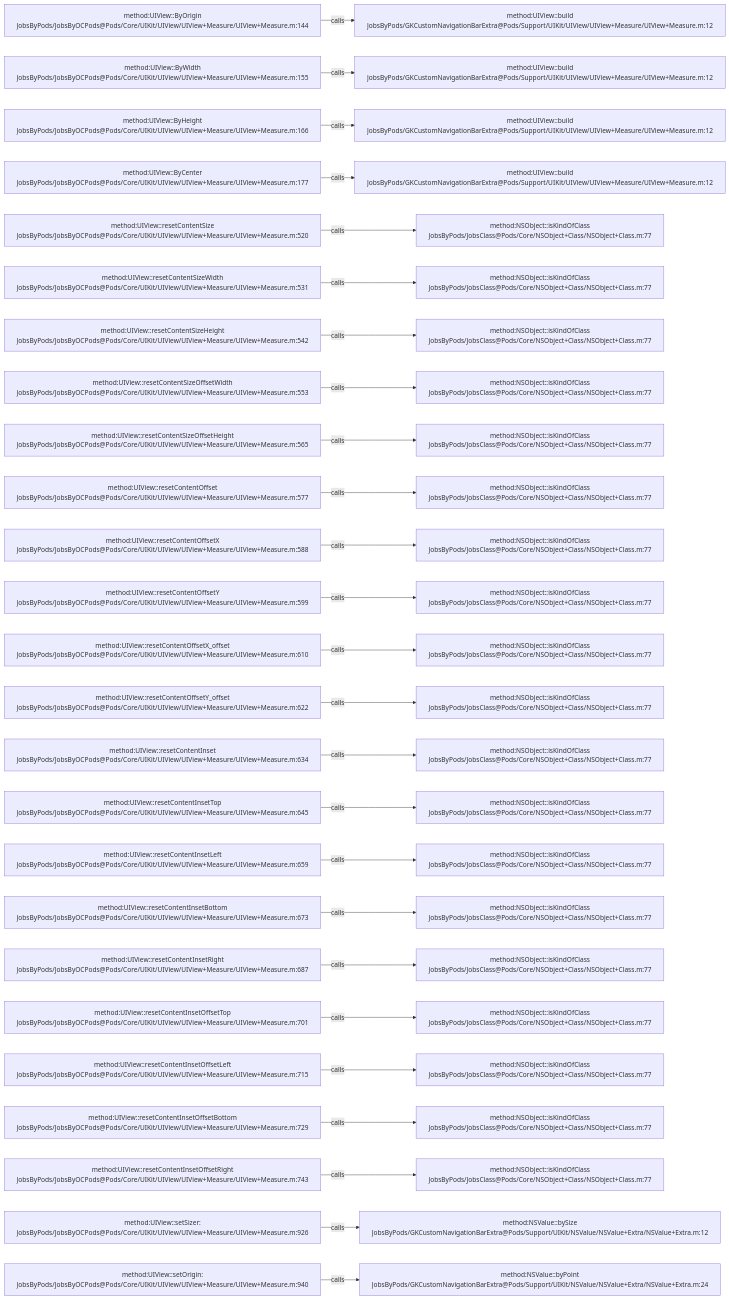
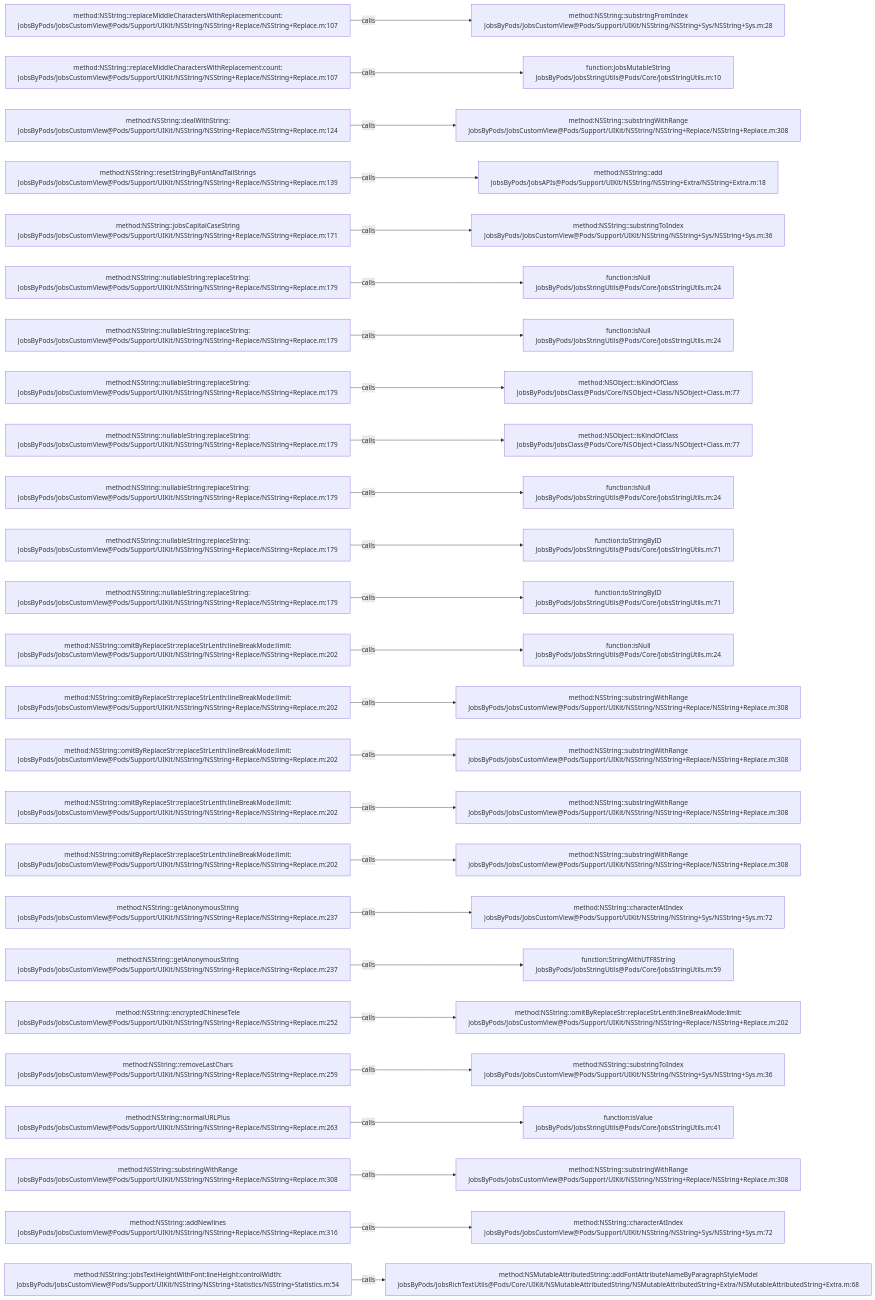
The diagram in .codegraph/codegraph.md/graphs/calls-086.md (JobsKits/JobsOCBaseConfigDemo), drawn with Mermaid before and after one commit. The commit also changed 1026 other files, not shown here.

````diff
--- a/.codegraph/codegraph.md/graphs/calls-086.md
+++ b/.codegraph/codegraph.md/graphs/calls-086.md
@@ -13,78 +13,78 @@
 ```mermaid
 flowchart LR
-  S1["method:UIView::ByOrigin<br/>JobsByPods/JobsByOCPods@Pods/Core/UIKit/UIView/UIView+Measure/UIView+Measure.m:144"]
-  T1["method:UIView::build<br/>JobsByPods/GKCustomNavigationBarExtra@Pods/Support/UIKit/UIView/UIView+Measure/UIView+Measure.m:12"]
+  S1["method:NSString::replaceMiddleCharactersWithReplacement:count:<br/>JobsByPods/JobsCustomView@Pods/Support/UIKit/NSString/NSString+Replace/NSString+Replace.m:107"]
+  T1["method:NSString::substringFromIndex<br/>JobsByPods/JobsCustomView@Pods/Support/UIKit/NSString/NSString+Sys/NSString+Sys.m:28"]
   S1 -->|calls| T1
-  S2["method:UIView::ByWidth<br/>JobsByPods/JobsByOCPods@Pods/Core/UIKit/UIView/UIView+Measure/UIView+Measure.m:155"]
-  T2["method:UIView::build<br/>JobsByPods/GKCustomNavigationBarExtra@Pods/Support/UIKit/UIView/UIView+Measure/UIView+Measure.m:12"]
+  S2["method:NSString::replaceMiddleCharactersWithReplacement:count:<br/>JobsByPods/JobsCustomView@Pods/Support/UIKit/NSString/NSString+Replace/NSString+Replace.m:107"]
+  T2["function:JobsMutableString<br/>JobsByPods/JobsStringUtils@Pods/Core/JobsStringUtils.m:10"]
   S2 -->|calls| T2
-  S3["method:UIView::ByHeight<br/>JobsByPods/JobsByOCPods@Pods/Core/UIKit/UIView/UIView+Measure/UIView+Measure.m:166"]
-  T3["method:UIView::build<br/>JobsByPods/GKCustomNavigationBarExtra@Pods/Support/UIKit/UIView/UIView+Measure/UIView+Measure.m:12"]
+  S3["method:NSString::dealWithString:<br/>JobsByPods/JobsCustomView@Pods/Support/UIKit/NSString/NSString+Replace/NSString+Replace.m:124"]
+  T3["method:NSString::substringWithRange<br/>JobsByPods/JobsCustomView@Pods/Support/UIKit/NSString/NSString+Replace/NSString+Replace.m:308"]
   S3 -->|calls| T3
-  S4["method:UIView::ByCenter<br/>JobsByPods/JobsByOCPods@Pods/Core/UIKit/UIView/UIView+Measure/UIView+Measure.m:177"]
-  T4["method:UIView::build<br/>JobsByPods/GKCustomNavigationBarExtra@Pods/Support/UIKit/UIView/UIView+Measure/UIView+Measure.m:12"]
+  S4["method:NSString::resetStringByFontAndTailStrings<br/>JobsByPods/JobsCustomView@Pods/Support/UIKit/NSString/NSString+Replace/NSString+Replace.m:139"]
+  T4["method:NSString::add<br/>JobsByPods/JobsAPIs@Pods/Support/UIKit/NSString/NSString+Extra/NSString+Extra.m:18"]
   S4 -->|calls| T4
-  S5["method:UIView::resetContentSize<br/>JobsByPods/JobsByOCPods@Pods/Core/UIKit/UIView/UIView+Measure/UIView+Measure.m:520"]
-  T5["method:NSObject::isKindOfClass<br/>JobsByPods/JobsClass@Pods/Core/NSObject+Class/NSObject+Class.m:77"]
+  S5["method:NSString::jobsCapitalCaseString<br/>JobsByPods/JobsCustomView@Pods/Support/UIKit/NSString/NSString+Replace/NSString+Replace.m:171"]
+  T5["method:NSString::substringToIndex<br/>JobsByPods/JobsCustomView@Pods/Support/UIKit/NSString/NSString+Sys/NSString+Sys.m:36"]
   S5 -->|calls| T5
-  S6["method:UIView::resetContentSizeWidth<br/>JobsByPods/JobsByOCPods@Pods/Core/UIKit/UIView/UIView+Measure/UIView+Measure.m:531"]
-  T6["method:NSObject::isKindOfClass<br/>JobsByPods/JobsClass@Pods/Core/NSObject+Class/NSObject+Class.m:77"]
+  S6["method:NSString::nullableString:replaceString:<br/>JobsByPods/JobsCustomView@Pods/Support/UIKit/NSString/NSString+Replace/NSString+Replace.m:179"]
+  T6["function:isNull<br/>JobsByPods/JobsStringUtils@Pods/Core/JobsStringUtils.m:24"]
   S6 -->|calls| T6
-  S7["method:UIView::resetContentSizeHeight<br/>JobsByPods/JobsByOCPods@Pods/Core/UIKit/UIView/UIView+Measure/UIView+Measure.m:542"]
-  T7["method:NSObject::isKindOfClass<br/>JobsByPods/JobsClass@Pods/Core/NSObject+Class/NSObject+Class.m:77"]
+  S7["method:NSString::nullableString:replaceString:<br/>JobsByPods/JobsCustomView@Pods/Support/UIKit/NSString/NSString+Replace/NSString+Replace.m:179"]
+  T7["function:isNull<br/>JobsByPods/JobsStringUtils@Pods/Core/JobsStringUtils.m:24"]
   S7 -->|calls| T7
-  S8["method:UIView::resetContentSizeOffsetWidth<br/>JobsByPods/JobsByOCPods@Pods/Core/UIKit/UIView/UIView+Measure/UIView+Measure.m:553"]
+  S8["method:NSString::nullableString:replaceString:<br/>JobsByPods/JobsCustomView@Pods/Support/UIKit/NSString/NSString+Replace/NSString+Replace.m:179"]
   T8["method:NSObject::isKindOfClass<br/>JobsByPods/JobsClass@Pods/Core/NSObject+Class/NSObject+Class.m:77"]
   S8 -->|calls| T8
-  S9["method:UIView::resetContentSizeOffsetHeight<br/>JobsByPods/JobsByOCPods@Pods/Core/UIKit/UIView/UIView+Measure/UIView+Measure.m:565"]
+  S9["method:NSString::nullableString:replaceString:<br/>JobsByPods/JobsCustomView@Pods/Support/UIKit/NSString/NSString+Replace/NSString+Replace.m:179"]
   T9["method:NSObject::isKindOfClass<br/>JobsByPods/JobsClass@Pods/Core/NSObject+Class/NSObject+Class.m:77"]
   S9 -->|calls| T9
-  S10["method:UIView::resetContentOffset<br/>JobsByPods/JobsByOCPods@Pods/Core/UIKit/UIView/UIView+Measure/UIView+Measure.m:577"]
-  T10["method:NSObject::isKindOfClass<br/>JobsByPods/JobsClass@Pods/Core/NSObject+Class/NSObject+Class.m:77"]
+  S10["method:NSString::nullableString:replaceString:<br/>JobsByPods/JobsCustomView@Pods/Support/UIKit/NSString/NSString+Replace/NSString+Replace.m:179"]
+  T10["function:isNull<br/>JobsByPods/JobsStringUtils@Pods/Core/JobsStringUtils.m:24"]
   S10 -->|calls| T10
-  S11["method:UIView::resetContentOffsetX<br/>JobsByPods/JobsByOCPods@Pods/Core/UIKit/UIView/UIView+Measure/UIView+Measure.m:588"]
-  T11["method:NSObject::isKindOfClass<br/>JobsByPods/JobsClass@Pods/Core/NSObject+Class/NSObject+Class.m:77"]
+  S11["method:NSString::nullableString:replaceString:<br/>JobsByPods/JobsCustomView@Pods/Support/UIKit/NSString/NSString+Replace/NSString+Replace.m:179"]
+  T11["function:toStringByID<br/>JobsByPods/JobsStringUtils@Pods/Core/JobsStringUtils.m:71"]
   S11 -->|calls| T11
-  S12["method:UIView::resetContentOffsetY<br/>JobsByPods/JobsByOCPods@Pods/Core/UIKit/UIView/UIView+Measure/UIView+Measure.m:599"]
-  T12["method:NSObject::isKindOfClass<br/>JobsByPods/JobsClass@Pods/Core/NSObject+Class/NSObject+Class.m:77"]
+  S12["method:NSString::nullableString:replaceString:<br/>JobsByPods/JobsCustomView@Pods/Support/UIKit/NSString/NSString+Replace/NSString+Replace.m:179"]
+  T12["function:toStringByID<br/>JobsByPods/JobsStringUtils@Pods/Core/JobsStringUtils.m:71"]
   S12 -->|calls| T12
-  S13["method:UIView::resetContentOffsetX_offset<br/>JobsByPods/JobsByOCPods@Pods/Core/UIKit/UIView/UIView+Measure/UIView+Measure.m:610"]
-  T13["method:NSObject::isKindOfClass<br/>JobsByPods/JobsClass@Pods/Core/NSObject+Class/NSObject+Class.m:77"]
+  S13["method:NSString::omitByReplaceStr:replaceStrLenth:lineBreakMode:limit:<br/>JobsByPods/JobsCustomView@Pods/Support/UIKit/NSString/NSString+Replace/NSString+Replace.m:202"]
+  T13["function:isNull<br/>JobsByPods/JobsStringUtils@Pods/Core/JobsStringUtils.m:24"]
   S13 -->|calls| T13
-  S14["method:UIView::resetContentOffsetY_offset<br/>JobsByPods/JobsByOCPods@Pods/Core/UIKit/UIView/UIView+Measure/UIView+Measure.m:622"]
-  T14["method:NSObject::isKindOfClass<br/>JobsByPods/JobsClass@Pods/Core/NSObject+Class/NSObject+Class.m:77"]
+  S14["method:NSString::omitByReplaceStr:replaceStrLenth:lineBreakMode:limit:<br/>JobsByPods/JobsCustomView@Pods/Support/UIKit/NSString/NSString+Replace/NSString+Replace.m:202"]
+  T14["method:NSString::substringWithRange<br/>JobsByPods/JobsCustomView@Pods/Support/UIKit/NSString/NSString+Replace/NSString+Replace.m:308"]
   S14 -->|calls| T14
-  S15["method:UIView::resetContentInset<br/>JobsByPods/JobsByOCPods@Pods/Core/UIKit/UIView/UIView+Measure/UIView+Measure.m:634"]
-  T15["method:NSObject::isKindOfClass<br/>JobsByPods/JobsClass@Pods/Core/NSObject+Class/NSObject+Class.m:77"]
+  S15["method:NSString::omitByReplaceStr:replaceStrLenth:lineBreakMode:limit:<br/>JobsByPods/JobsCustomView@Pods/Support/UIKit/NSString/NSString+Replace/NSString+Replace.m:202"]
+  T15["method:NSString::substringWithRange<br/>JobsByPods/JobsCustomView@Pods/Support/UIKit/NSString/NSString+Replace/NSString+Replace.m:308"]
   S15 -->|calls| T15
-  S16["method:UIView::resetContentInsetTop<br/>JobsByPods/JobsByOCPods@Pods/Core/UIKit/UIView/UIView+Measure/UIView+Measure.m:645"]
-  T16["method:NSObject::isKindOfClass<br/>JobsByPods/JobsClass@Pods/Core/NSObject+Class/NSObject+Class.m:77"]
+  S16["method:NSString::omitByReplaceStr:replaceStrLenth:lineBreakMode:limit:<br/>JobsByPods/JobsCustomView@Pods/Support/UIKit/NSString/NSString+Replace/NSString+Replace.m:202"]
+  T16["method:NSString::substringWithRange<br/>JobsByPods/JobsCustomView@Pods/Support/UIKit/NSString/NSString+Replace/NSString+Replace.m:308"]
   S16 -->|calls| T16
-  S17["method:UIView::resetContentInsetLeft<br/>JobsByPods/JobsByOCPods@Pods/Core/UIKit/UIView/UIView+Measure/UIView+Measure.m:659"]
-  T17["method:NSObject::isKindOfClass<br/>JobsByPods/JobsClass@Pods/Core/NSObject+Class/NSObject+Class.m:77"]
+  S17["method:NSString::omitByReplaceStr:replaceStrLenth:lineBreakMode:limit:<br/>JobsByPods/JobsCustomView@Pods/Support/UIKit/NSString/NSString+Replace/NSString+Replace.m:202"]
+  T17["method:NSString::substringWithRange<br/>JobsByPods/JobsCustomView@Pods/Support/UIKit/NSString/NSString+Replace/NSString+Replace.m:308"]
   S17 -->|calls| T17
-  S18["method:UIView::resetContentInsetBottom<br/>JobsByPods/JobsByOCPods@Pods/Core/UIKit/UIView/UIView+Measure/UIView+Measure.m:673"]
-  T18["method:NSObject::isKindOfClass<br/>JobsByPods/JobsClass@Pods/Core/NSObject+Class/NSObject+Class.m:77"]
+  S18["method:NSString::getAnonymousString<br/>JobsByPods/JobsCustomView@Pods/Support/UIKit/NSString/NSString+Replace/NSString+Replace.m:237"]
+  T18["method:NSString::characterAtIndex<br/>JobsByPods/JobsCustomView@Pods/Support/UIKit/NSString/NSString+Sys/NSString+Sys.m:72"]
   S18 -->|calls| T18
-  S19["method:UIView::resetContentInsetRight<br/>JobsByPods/JobsByOCPods@Pods/Core/UIKit/UIView/UIView+Measure/UIView+Measure.m:687"]
-  T19["method:NSObject::isKindOfClass<br/>JobsByPods/JobsClass@Pods/Core/NSObject+Class/NSObject+Class.m:77"]
+  S19["method:NSString::getAnonymousString<br/>JobsByPods/JobsCustomView@Pods/Support/UIKit/NSString/NSString+Replace/NSString+Replace.m:237"]
+  T19["function:StringWithUTF8String<br/>JobsByPods/JobsStringUtils@Pods/Core/JobsStringUtils.m:59"]
   S19 -->|calls| T19
-  S20["method:UIView::resetContentInsetOffsetTop<br/>JobsByPods/JobsByOCPods@Pods/Core/UIKit/UIView/UIView+Measure/UIView+Measure.m:701"]
-  T20["method:NSObject::isKindOfClass<br/>JobsByPods/JobsClass@Pods/Core/NSObject+Class/NSObject+Class.m:77"]
+  S20["method:NSString::encryptedChineseTele<br/>JobsByPods/JobsCustomView@Pods/Support/UIKit/NSString/NSString+Replace/NSString+Replace.m:252"]
+  T20["method:NSString::omitByReplaceStr:replaceStrLenth:lineBreakMode:limit:<br/>JobsByPods/JobsCustomView@Pods/Support/UIKit/NSString/NSString+Replace/NSString+Replace.m:202"]
   S20 -->|calls| T20
-  S21["method:UIView::resetContentInsetOffsetLeft<br/>JobsByPods/JobsByOCPods@Pods/Core/UIKit/UIView/UIView+Measure/UIView+Measure.m:715"]
-  T21["method:NSObject::isKindOfClass<br/>JobsByPods/JobsClass@Pods/Core/NSObject+Class/NSObject+Class.m:77"]
+  S21["method:NSString::removeLastChars<br/>JobsByPods/JobsCustomView@Pods/Support/UIKit/NSString/NSString+Replace/NSString+Replace.m:259"]
+  T21["method:NSString::substringToIndex<br/>JobsByPods/JobsCustomView@Pods/Support/UIKit/NSString/NSString+Sys/NSString+Sys.m:36"]
   S21 -->|calls| T21
-  S22["method:UIView::resetContentInsetOffsetBottom<br/>JobsByPods/JobsByOCPods@Pods/Core/UIKit/UIView/UIView+Measure/UIView+Measure.m:729"]
-  T22["method:NSObject::isKindOfClass<br/>JobsByPods/JobsClass@Pods/Core/NSObject+Class/NSObject+Class.m:77"]
+  S22["method:NSString::normalURLPlus<br/>JobsByPods/JobsCustomView@Pods/Support/UIKit/NSString/NSString+Replace/NSString+Replace.m:263"]
+  T22["function:isValue<br/>JobsByPods/JobsStringUtils@Pods/Core/JobsStringUtils.m:41"]
   S22 -->|calls| T22
-  S23["method:UIView::resetContentInsetOffsetRight<br/>JobsByPods/JobsByOCPods@Pods/Core/UIKit/UIView/UIView+Measure/UIView+Measure.m:743"]
-  T23["method:NSObject::isKindOfClass<br/>JobsByPods/JobsClass@Pods/Core/NSObject+Class/NSObject+Class.m:77"]
+  S23["method:NSString::substringWithRange<br/>JobsByPods/JobsCustomView@Pods/Support/UIKit/NSString/NSString+Replace/NSString+Replace.m:308"]
+  T23["method:NSString::substringWithRange<br/>JobsByPods/JobsCustomView@Pods/Support/UIKit/NSString/NSString+Replace/NSString+Replace.m:308"]
   S23 -->|calls| T23
-  S24["method:UIView::setSizer:<br/>JobsByPods/JobsByOCPods@Pods/Core/UIKit/UIView/UIView+Measure/UIView+Measure.m:926"]
-  T24["method:NSValue::bySize<br/>JobsByPods/GKCustomNavigationBarExtra@Pods/Support/UIKit/NSValue/NSValue+Extra/NSValue+Extra.m:12"]
+  S24["method:NSString::addNewlines<br/>JobsByPods/JobsCustomView@Pods/Support/UIKit/NSString/NSString+Replace/NSString+Replace.m:316"]
+  T24["method:NSString::characterAtIndex<br/>JobsByPods/JobsCustomView@Pods/Support/UIKit/NSString/NSString+Sys/NSString+Sys.m:72"]
   S24 -->|calls| T24
-  S25["method:UIView::setOrigin:<br/>JobsByPods/JobsByOCPods@Pods/Core/UIKit/UIView/UIView+Measure/UIView+Measure.m:940"]
-  T25["method:NSValue::byPoint<br/>JobsByPods/GKCustomNavigationBarExtra@Pods/Support/UIKit/NSValue/NSValue+Extra/NSValue+Extra.m:24"]
+  S25["method:NSString::jobsTextHeightWithFont:lineHeight:controlWidth:<br/>JobsByPods/JobsCustomView@Pods/Support/UIKit/NSString/NSString+Statistics/NSString+Statistics.m:54"]
+  T25["method:NSMutableAttributedString::addFontAttributeNameByParagraphStyleModel<br/>JobsByPods/JobsRichTextUtils@Pods/Core/UIKit/NSMutableAttributedString/NSMutableAttributedString+Extra/NSMutableAttributedString+Extra.m:68"]
   S25 -->|calls| T25
 ```
````
